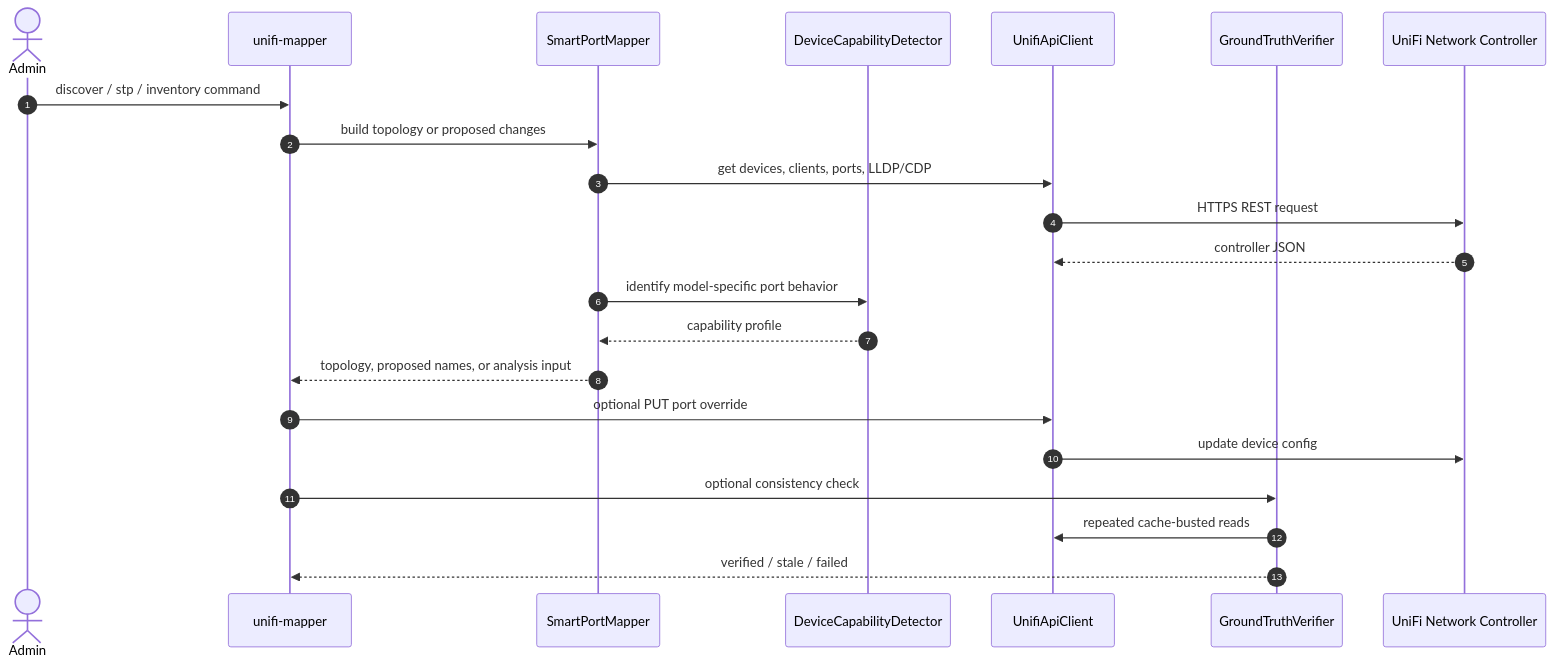
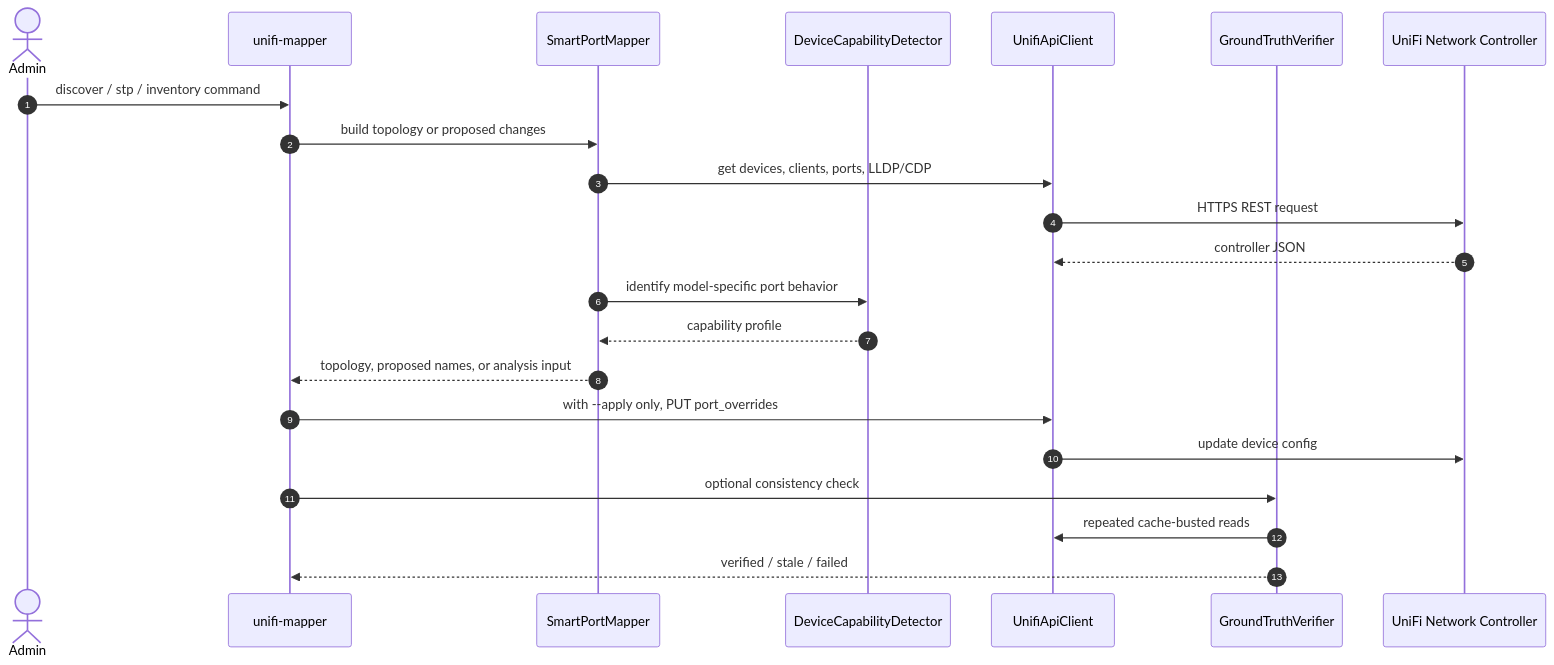
One commit to NetDevAutomate/unifi_management_cli changed the third of 3 diagrams in docs/architecture/providers/unifi-network.md. Above: the diagram before and after it, drawn with Mermaid. The commit also changed other lines of this file and 2 other files, not shown here.

First line of the commit message:
docs(architecture): refresh the C4 and overview docs

````diff
--- a/docs/architecture/providers/unifi-network.md
+++ b/docs/architecture/providers/unifi-network.md
@@ -136,25 +165,25 @@
 ```mermaid
 sequenceDiagram
     autonumber
     actor Admin
     participant CLI as unifi-mapper
     participant Mapper as SmartPortMapper
     participant Cap as DeviceCapabilityDetector
     participant API as UnifiApiClient
     participant Verify as GroundTruthVerifier
     participant Controller as UniFi Network Controller
 
     Admin->>CLI: discover / stp / inventory command
     CLI->>Mapper: build topology or proposed changes
     Mapper->>API: get devices, clients, ports, LLDP/CDP
     API->>Controller: HTTPS REST request
     Controller-->>API: controller JSON
     Mapper->>Cap: identify model-specific port behavior
     Cap-->>Mapper: capability profile
     Mapper-->>CLI: topology, proposed names, or analysis input
-    CLI->>API: optional PUT port override
+    CLI->>API: with --apply only, PUT port_overrides
     API->>Controller: update device config
     CLI->>Verify: optional consistency check
     Verify->>API: repeated cache-busted reads
     Verify-->>CLI: verified / stale / failed
 ```
````
